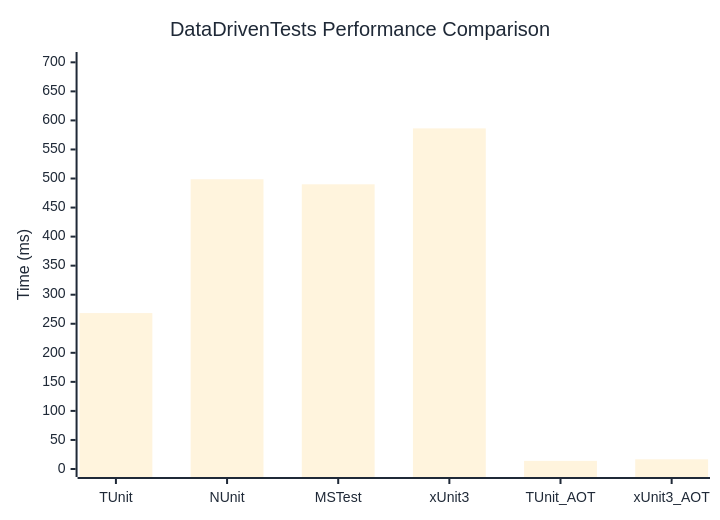
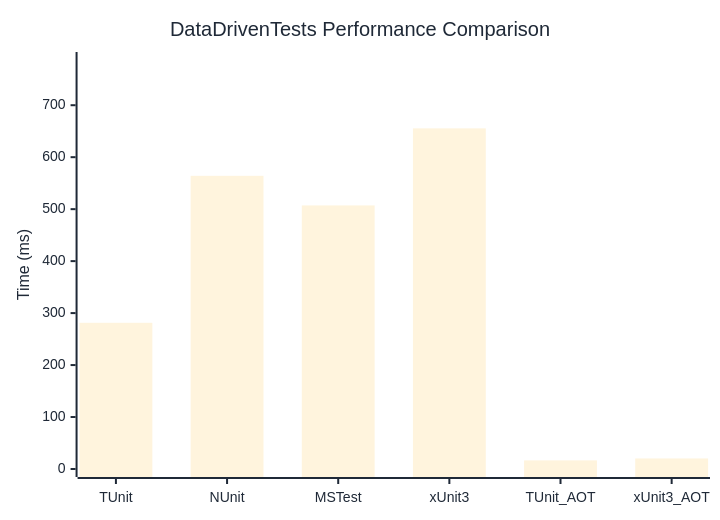
One commit to thomhurst/TUnit changed the diagram in docs/docs/benchmarks/engine/DataDrivenTests.md. Above: the diagram before and after it, drawn with Mermaid. The commit also changed other lines of this file and 18 other files, not shown here.

````diff
--- a/docs/docs/benchmarks/engine/DataDrivenTests.md
+++ b/docs/docs/benchmarks/engine/DataDrivenTests.md
@@ -30,37 +30,37 @@
 ```mermaid
 %%{init: {
   'theme':'base',
   'themeVariables': {
     'primaryColor': '#2563eb',
     'primaryTextColor': '#1f2937',
     'primaryBorderColor': '#1e40af',
     'lineColor': '#6b7280',
     'secondaryColor': '#7c3aed',
     'tertiaryColor': '#dc2626',
     'background': '#ffffff',
     'mainBkg': '#2563eb',
     'secondBkg': '#7c3aed',
     'tertiaryBkg': '#dc2626',
     'clusterBkg': '#f3f4f6',
     'edgeLabelBackground': '#ffffff',
     'tertiaryTextColor': '#1f2937',
     'pie1': '#2563eb',
     'pie2': '#7c3aed',
     'pie3': '#dc2626',
     'pie4': '#f59e0b',
     'pie5': '#10b981',
     'pie6': '#06b6d4',
     'pie7': '#ec4899',
     'pie8': '#6366f1',
     'pie9': '#84cc16',
     'pie10': '#f97316',
     'pie11': '#14b8a6',
     'pie12': '#a855f7'
   }
 }}%%
 xychart-beta
   title "DataDrivenTests Performance Comparison"
   x-axis ["TUnit", "NUnit", "MSTest", "xUnit3", "TUnit_AOT", "xUnit3_AOT"]
-  y-axis "Time (ms)" 0 --> 704
-  bar [268.4, 498.74, 490.02, 586.26, 13.98, 16.7]
+  y-axis "Time (ms)" 0 --> 787
+  bar [281.32, 564.15, 507.18, 655.45, 16.57, 20.29]
 ```
````
